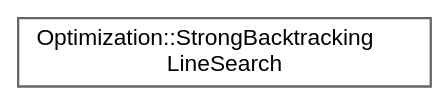
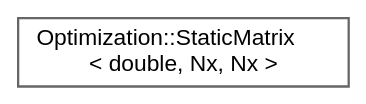
One commit to jswoo0615/Algorithms_for_Optimization_cpp changed the diagram in inherit_graph_73.dot. Above: the diagram before and after it, drawn with Graphviz. The commit also changed 109 other files, not shown here.

```diff
--- a/inherit_graph_73.dot
+++ b/inherit_graph_73.dot
@@ -1,9 +1,9 @@
 digraph "Graphical Class Hierarchy"
 {
  // LATEX_PDF_SIZE
   bgcolor="transparent";
   edge [fontname=Helvetica,fontsize=10,labelfontname=Helvetica,labelfontsize=10];
   node [fontname=Helvetica,fontsize=10,shape=box,height=0.2,width=0.4];
   rankdir="LR";
-  Node0 [id="Node000000",label="Optimization::StrongBacktracking\lLineSearch",height=0.2,width=0.4,color="grey40", fillcolor="white", style="filled",URL="$classOptimization_1_1StrongBacktrackingLineSearch.html",tooltip="[Chapter 4] Algorithm 4.3 : Strong Backtracking Line Search Armijo (충분 감소) 조건과 Strong Curvature (강한 곡..."];
+  Node0 [id="Node000000",label="Optimization::StaticMatrix\l\< double, Nx, Nx \>",height=0.2,width=0.4,color="grey40", fillcolor="white", style="filled",URL="$classOptimization_1_1StaticMatrix.html",tooltip=" "];
 }
```
